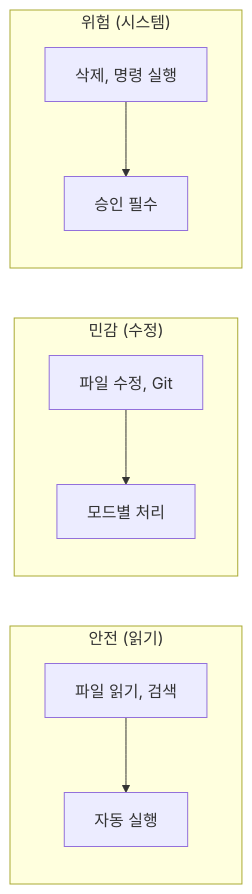
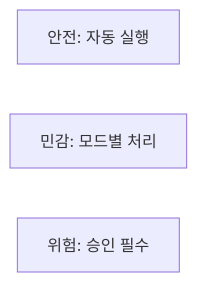
The fifth of 5 diagrams in 02-literacy/24-system.md (Kanghyeop/pages-book-agent101), drawn with Mermaid before and after one commit. The commit also changed other lines of this file and 3 other files, not shown here.

First line of the commit message:
Mermaid subgraph 완전 제거: GitHub 호환성 확보

````diff
--- a/02-literacy/24-system.md
+++ b/02-literacy/24-system.md
@@ -204,14 +194,6 @@
 ```mermaid
 flowchart LR
-    subgraph Safe["안전 (읽기)"]
-        S1["파일 읽기, 검색"] --> S2["자동 실행"]
-    end
-
-    subgraph Medium["민감 (수정)"]
-        M1["파일 수정, Git"] --> M2["모드별 처리"]
-    end
-
-    subgraph Danger["위험 (시스템)"]
-        D1["삭제, 명령 실행"] --> D2["승인 필수"]
-    end
+    S["안전: 자동 실행"]
+    M["민감: 모드별 처리"]
+    D["위험: 승인 필수"]
 ```
````
